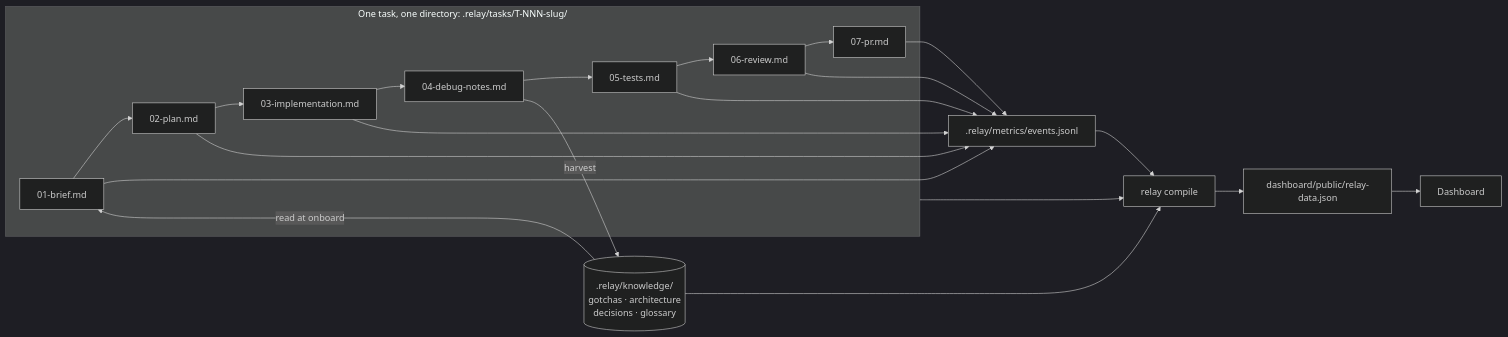
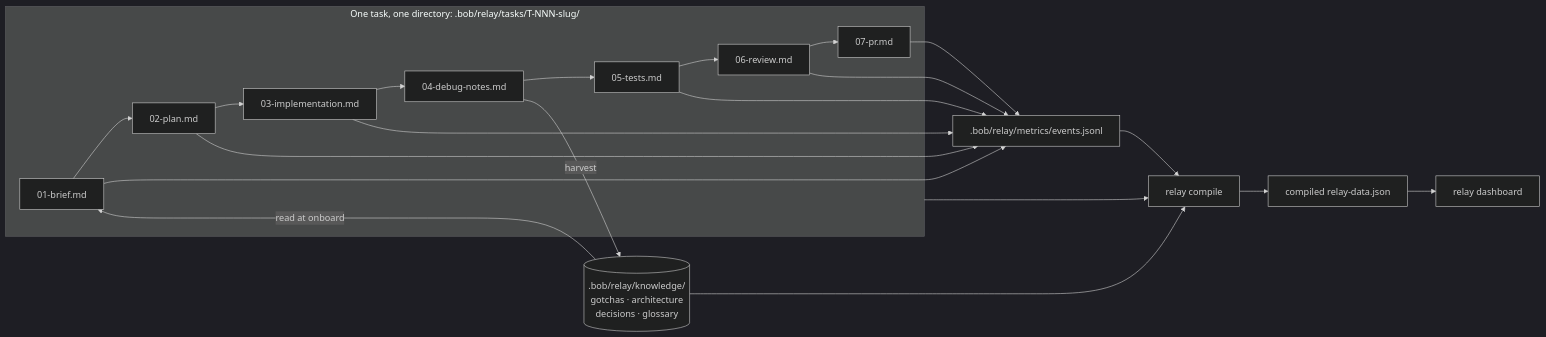
One commit to mariammohamed-m/Relay changed the diagram in docs/architecture.md. Above: the diagram before and after it, drawn with Mermaid (dark theme). The commit also changed other lines of this file and 92 other files, not shown here.

````diff
--- a/docs/architecture.md
+++ b/docs/architecture.md
@@ -30,29 +29,29 @@
 ```mermaid
 flowchart LR
-    subgraph Task["One task, one directory: .relay/tasks/T-NNN-slug/"]
+    subgraph Task["One task, one directory: .bob/relay/tasks/T-NNN-slug/"]
         A[01-brief.md] --> B[02-plan.md]
         B --> C[03-implementation.md]
         C --> D[04-debug-notes.md]
         D --> E[05-tests.md]
         E --> F[06-review.md]
         F --> G[07-pr.md]
     end
 
-    K[(.relay/knowledge/\ngotchas · architecture\ndecisions · glossary)]
+    K[(.bob/relay/knowledge/\ngotchas · architecture\ndecisions · glossary)]
 
     K -- read at onboard --> A
     D -- harvest --> K
 
-    G --> Ev[.relay/metrics/events.jsonl]
+    G --> Ev[.bob/relay/metrics/events.jsonl]
     A --> Ev
     B --> Ev
     C --> Ev
     E --> Ev
     F --> Ev
 
     Ev --> Compile[relay compile]
     Task --> Compile
     K --> Compile
-    Compile --> Data[dashboard/public/relay-data.json]
-    Data --> Dash[Dashboard]
+    Compile --> Data[compiled relay-data.json]
+    Data --> Dash[relay dashboard]
 ```
````
